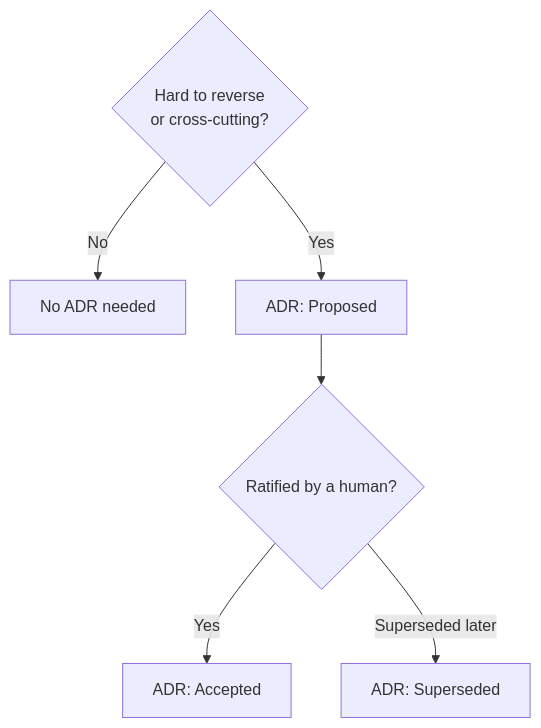
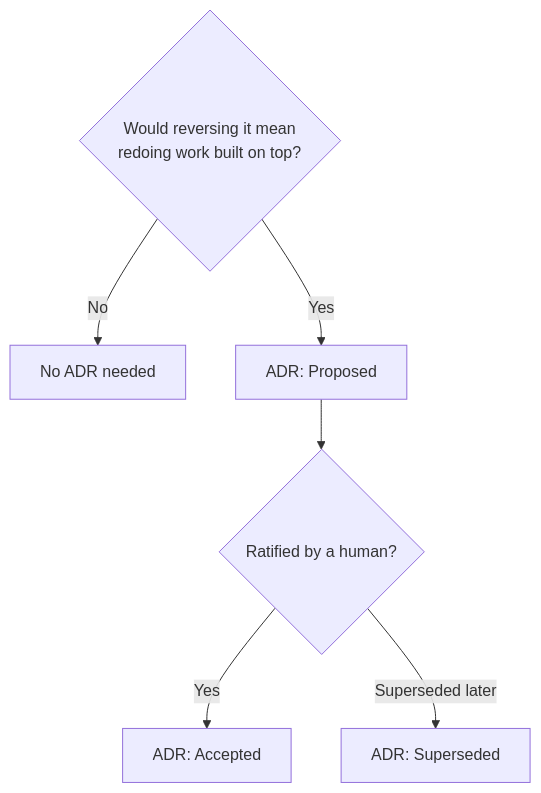
The diagram in docs/decisions/index.md (element22llc/e22-plugins), drawn with Mermaid before and after one commit. The commit also changed other lines of this file and 7 other files, not shown here.

````diff
--- a/docs/decisions/index.md
+++ b/docs/decisions/index.md
@@ -13,8 +19,9 @@
 ```mermaid
 flowchart TD
-    Q{Hard to reverse<br/>or cross-cutting?} -->|No| SKIP[No ADR needed]
+    Q{"Would reversing it mean
+    redoing work built on top?"} -->|No| SKIP[No ADR needed]
     Q -->|Yes| PROPOSED[ADR: Proposed]
     PROPOSED --> REVIEW{Ratified by a human?}
     REVIEW -->|Yes| ACCEPTED[ADR: Accepted]
     REVIEW -->|Superseded later| SUPERSEDED[ADR: Superseded]
 ```
````
